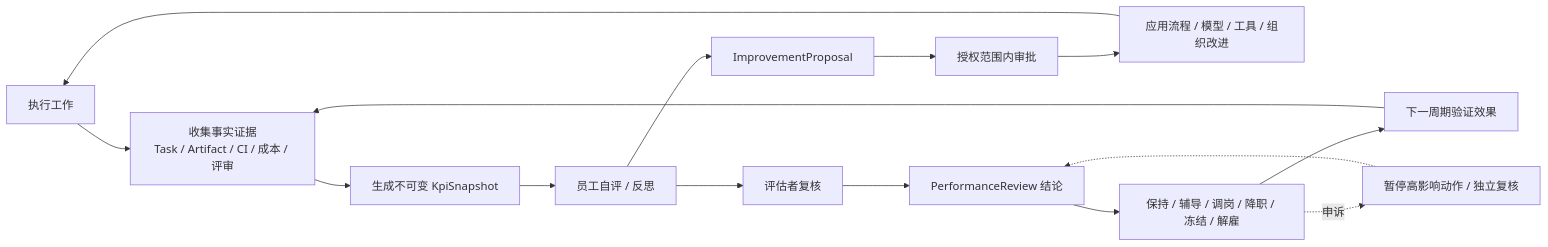
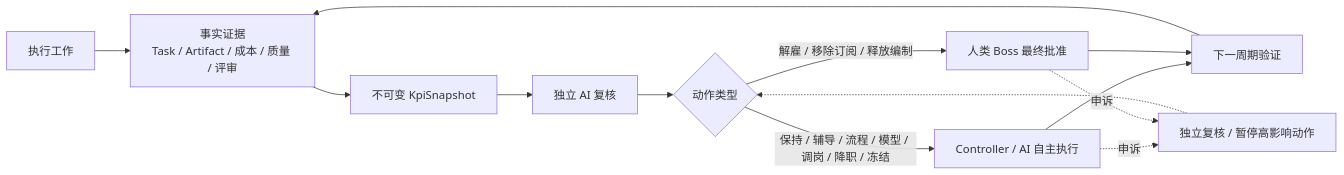
The sixth of 10 diagrams in docs/Regent-Agent-架构流程图.md (wosledon/regent-agent), drawn with Mermaid before and after one commit. The commit also changed other lines of this file, not shown here.

Commit message:
docs: refresh architecture diagrams for Q-027 through Q-052

````diff
--- a/docs/Regent-Agent-架构流程图.md
+++ b/docs/Regent-Agent-架构流程图.md
@@ -311,17 +363,15 @@
 ```mermaid
 flowchart LR
-    Work["执行工作"] --> Facts["收集事实证据<br/>Task / Artifact / CI / 成本 / 评审"]
-    Facts --> Snapshot["生成不可变 KpiSnapshot"]
-    Snapshot --> Self["员工自评 / 反思"]
-    Self --> Proposal["ImprovementProposal"]
-    Self --> Reviewer["评估者复核"]
-    Proposal --> Approve["授权范围内审批"]
-    Approve --> Improve["应用流程 / 模型 / 工具 / 组织改进"]
-    Improve --> Work
-    Reviewer --> Decision["PerformanceReview 结论"]
-    Decision --> Action["保持 / 辅导 / 调岗 / 降职 / 冻结 / 解雇"]
-    Action --> Followup["下一周期验证效果"]
+    Work["执行工作"] --> Facts["事实证据<br/>Task / Artifact / 成本 / 质量 / 评审"]
+    Facts --> Snapshot["不可变 KpiSnapshot"]
+    Snapshot --> Review["独立 AI 复核"]
+    Review --> Decision{"动作类型"}
+    Decision -->|保持 / 辅导 / 流程 / 模型 / 调岗 / 降职 / 冻结| AIAction["Controller / AI 自主执行"]
+    Decision -->|解雇 / 移除订阅 / 释放编制| Human["人类 Boss 最终批准"]
+    AIAction --> Followup["下一周期验证"]
+    Human --> Followup
     Followup --> Facts
-    Action -.->|申诉| Appeal["暂停高影响动作 / 独立复核"]
+    AIAction -.->|申诉| Appeal["独立复核 / 暂停高影响动作"]
+    Human -.->|申诉| Appeal
     Appeal -.-> Decision
 ```
````
